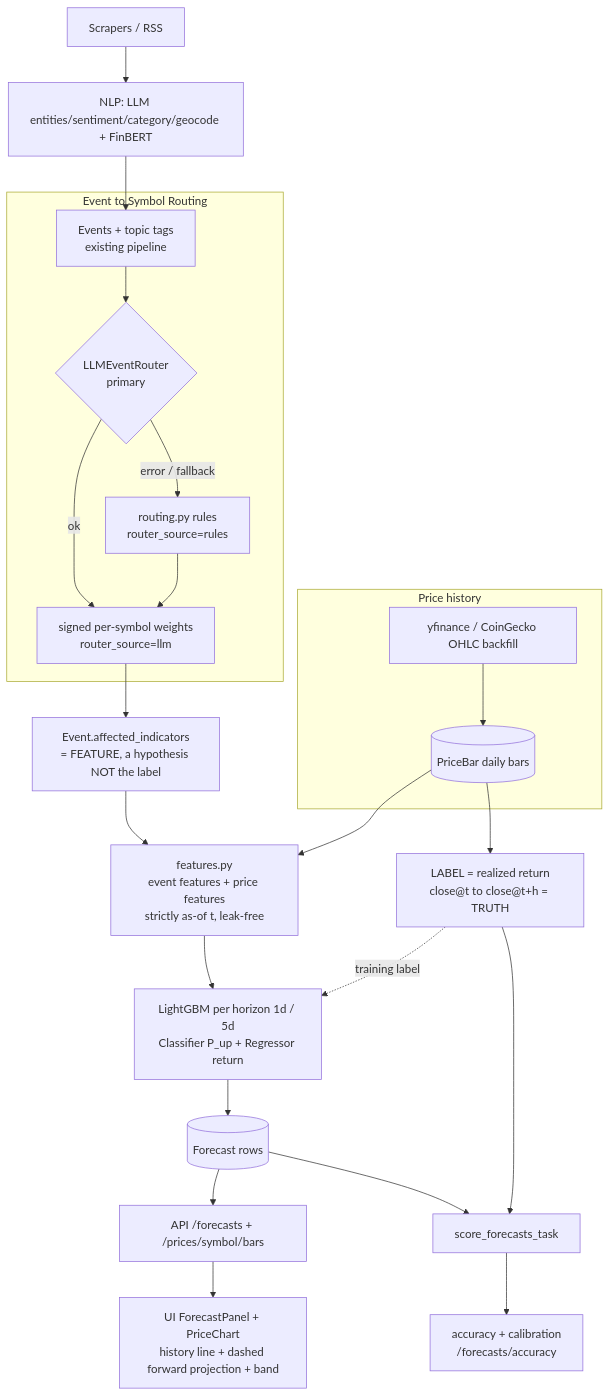
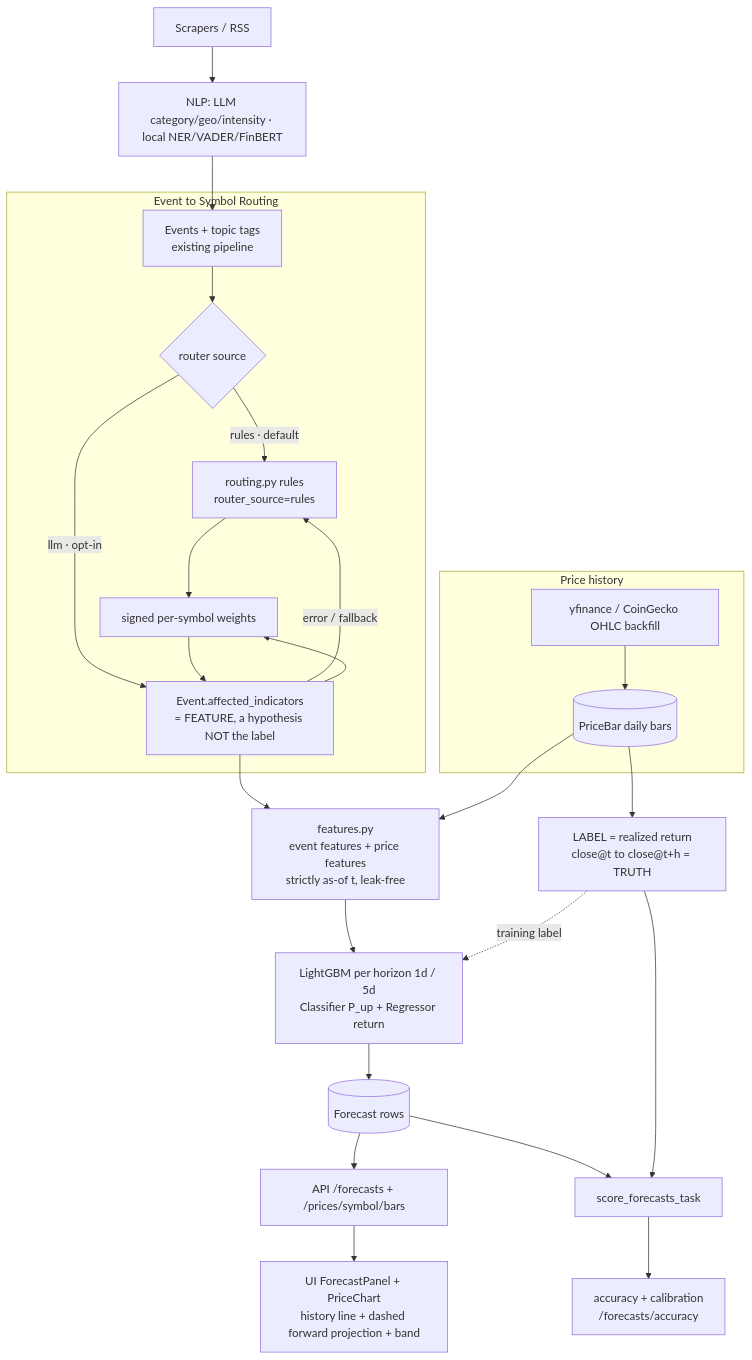
Before and after one commit to jameelhamdan/event-horizon: the first of 3 diagrams in docs/forecasting.md, drawn with Mermaid. The commit also changed other lines of this file and 37 other files, not shown here.

````diff
--- a/docs/forecasting.md
+++ b/docs/forecasting.md
@@ -19,34 +19,36 @@
 ```mermaid
 flowchart TD
-    A[Scrapers / RSS] --> B[NLP: LLM entities/sentiment/category/geocode + FinBERT]
+    A[Scrapers / RSS] --> B[NLP: LLM category/geo/intensity · local NER/VADER/FinBERT]
     B --> C[Events + topic tags<br/>existing pipeline]
 
     subgraph ROUTING [Event to Symbol Routing]
-        C --> D{LLMEventRouter<br/>primary}
-        D -->|ok| E[signed per-symbol weights<br/>router_source=llm]
-        D -->|error / fallback| F[routing.py rules<br/>router_source=rules]
-        F --> E
+        C --> D{router source}
+        D -->|rules · default| F[routing.py rules<br/>router_source=rules]
+        D -->|llm · opt-in| G[LLMEventRouter<br/>router_source=llm]
+        G -->|error / fallback| F
+        F --> E[signed per-symbol weights]
+        G --> E
     end
 
     E --> G[Event.affected_indicators<br/>= FEATURE, a hypothesis NOT the label]
 
     subgraph PRICES [Price history]
         P1[yfinance / CoinGecko OHLC backfill] --> P2[(PriceBar daily bars)]
     end
 
     G --> H[features.py<br/>event features + price features<br/>strictly as-of t, leak-free]
     P2 --> H
 
     H --> I[LightGBM per horizon 1d / 5d<br/>Classifier P_up + Regressor return]
     P2 --> L[LABEL = realized return<br/>close@t to close@t+h = TRUTH]
 
     I --> J[(Forecast rows)]
     J --> K[API /forecasts + /prices/symbol/bars]
     K --> M[UI ForecastPanel + PriceChart<br/>history line + dashed forward projection + band]
 
     J --> S[score_forecasts_task]
     L --> S
     S --> N[accuracy + calibration<br/>/forecasts/accuracy]
 
     L -.training label.-> I
 ```
````
